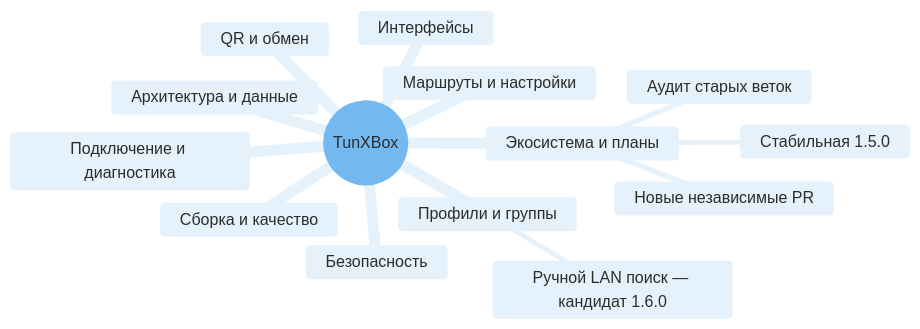
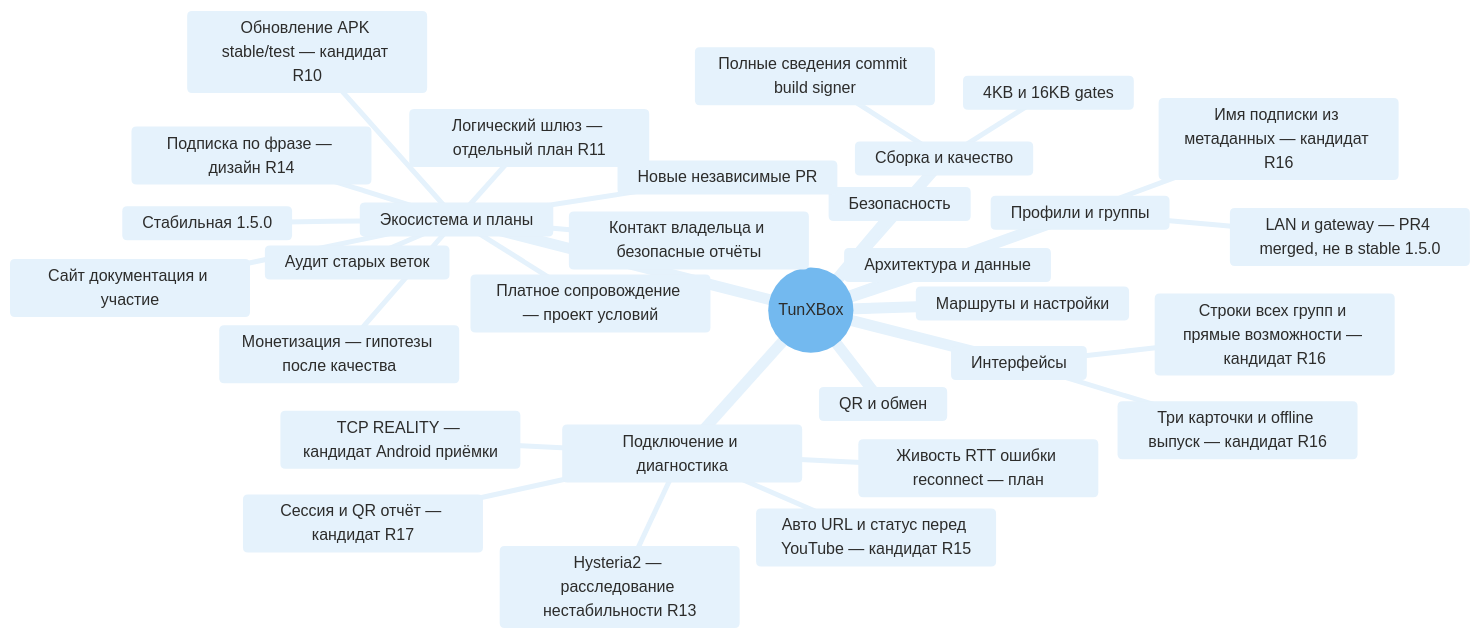
One commit to LeonidYasin/TunXBox changed the diagram in docs/project-map.md. Above: the diagram before and after it, drawn with Mermaid. The commit also changed other lines of this file and 13 other files, not shown here.

````diff
--- a/docs/project-map.md
+++ b/docs/project-map.md
@@ -9,18 +9,35 @@
 ```mermaid
 %%{init: {"theme": "base", "themeVariables": {"primaryColor": "#E5F2FC", "primaryTextColor": "#2C2C2B", "primaryBorderColor": "#2783DE", "lineColor": "#7D7A75", "secondaryColor": "#E8F1EC", "tertiaryColor": "#F9F8F7", "fontFamily": "Arial", "cScale0": "#E5F2FC", "cScaleLabel0": "#2C2C2B", "cScale1": "#E5F2FC", "cScaleLabel1": "#2C2C2B", "cScale2": "#E5F2FC", "cScaleLabel2": "#2C2C2B", "cScale3": "#E5F2FC", "cScaleLabel3": "#2C2C2B", "cScale4": "#E5F2FC", "cScaleLabel4": "#2C2C2B", "cScale5": "#E5F2FC", "cScaleLabel5": "#2C2C2B", "cScale6": "#E5F2FC", "cScaleLabel6": "#2C2C2B", "cScale7": "#E5F2FC", "cScaleLabel7": "#2C2C2B", "cScale8": "#E5F2FC", "cScaleLabel8": "#2C2C2B", "cScale9": "#E5F2FC", "cScaleLabel9": "#2C2C2B", "cScale10": "#E5F2FC", "cScaleLabel10": "#2C2C2B", "cScale11": "#E5F2FC", "cScaleLabel11": "#2C2C2B"}}}%%
 mindmap
   root((TunXBox))
     Интерфейсы
+      Строки всех групп и прямые возможности — кандидат R16
+      Три карточки и offline выпуск — кандидат R16
     Профили и группы
-      Ручной LAN поиск — кандидат 1.6.0
+      Имя подписки из метаданных — кандидат R16
+      LAN и gateway — PR4 merged, не в stable 1.5.0
     Подключение и диагностика
+      TCP REALITY — кандидат Android приёмки
+      Hysteria2 — расследование нестабильности R13
+      Авто URL и статус перед YouTube — кандидат R15
+      Сессия и QR отчёт — кандидат R17
+      Живость RTT ошибки reconnect — план
     Маршруты и настройки
     QR и обмен
     Архитектура и данные
     Сборка и качество
+      Полные сведения commit build signer
+      4KB и 16KB gates
     Безопасность
     Экосистема и планы
       Стабильная 1.5.0
       Аудит старых веток
       Новые независимые PR
+      Обновление APK stable/test — кандидат R10
+      Сайт документация и участие
+      Контакт владельца и безопасные отчёты
+      Платное сопровождение — проект условий
+      Монетизация — гипотезы после качества
+      Логический шлюз — отдельный план R11
+      Подписка по фразе — дизайн R14
 ```
````
